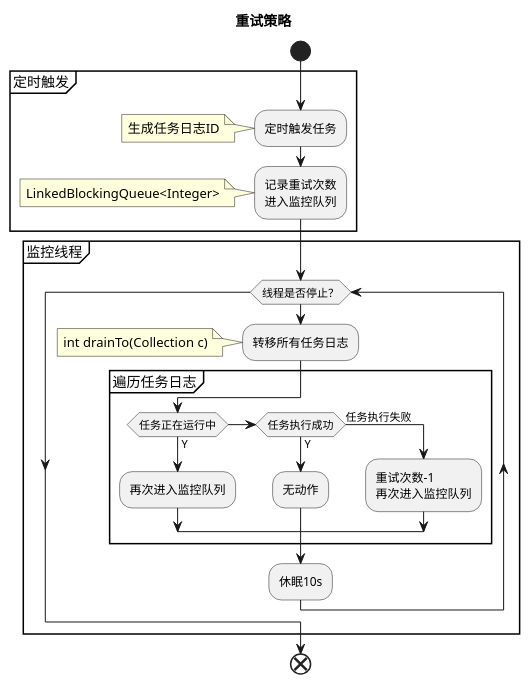
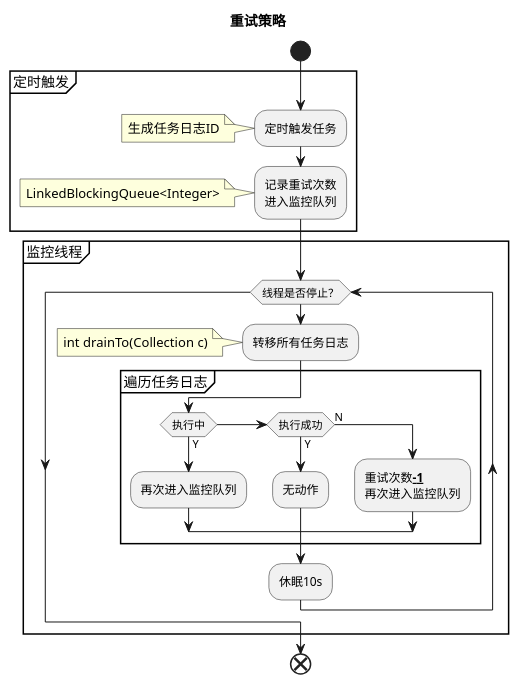
The diagram in doc/uml/sequence/admin/retry.puml (Sean-K-Wu/xxl-job), drawn with PlantUML before and after one commit. The commit also changed 9 other files, not shown here.

```diff
--- a/doc/uml/sequence/admin/retry.puml
+++ b/doc/uml/sequence/admin/retry.puml
@@ -1,36 +1,36 @@
 @startuml
 title 重试策略
 
 start
 partition 定时触发 {
     :定时触发任务;
     note left
         生成任务日志ID
     end note
     :记录重试次数\n进入监控队列;
     note left
         LinkedBlockingQueue<Integer>
     end note
 }
 
 partition 监控线程 {
     while (线程是否停止？)
         :转移所有任务日志;
         note left
             int drainTo(Collection c)
         end note
         partition 遍历任务日志 {
-            if (任务正在运行中) then (Y)
+            if (执行中) then (Y)
               :再次进入监控队列;
-            elseif (任务执行成功) then (Y)
+            elseif (执行成功) then (Y)
               :无动作;
-            else (任务执行失败)
-              :重试次数-1\n再次进入监控队列;
+            else (N)
+              :重试次数__**-1**__\n再次进入监控队列;
             endif
         }
         :休眠10s;
     endwhile;
 }
 
 end
 @enduml
```
